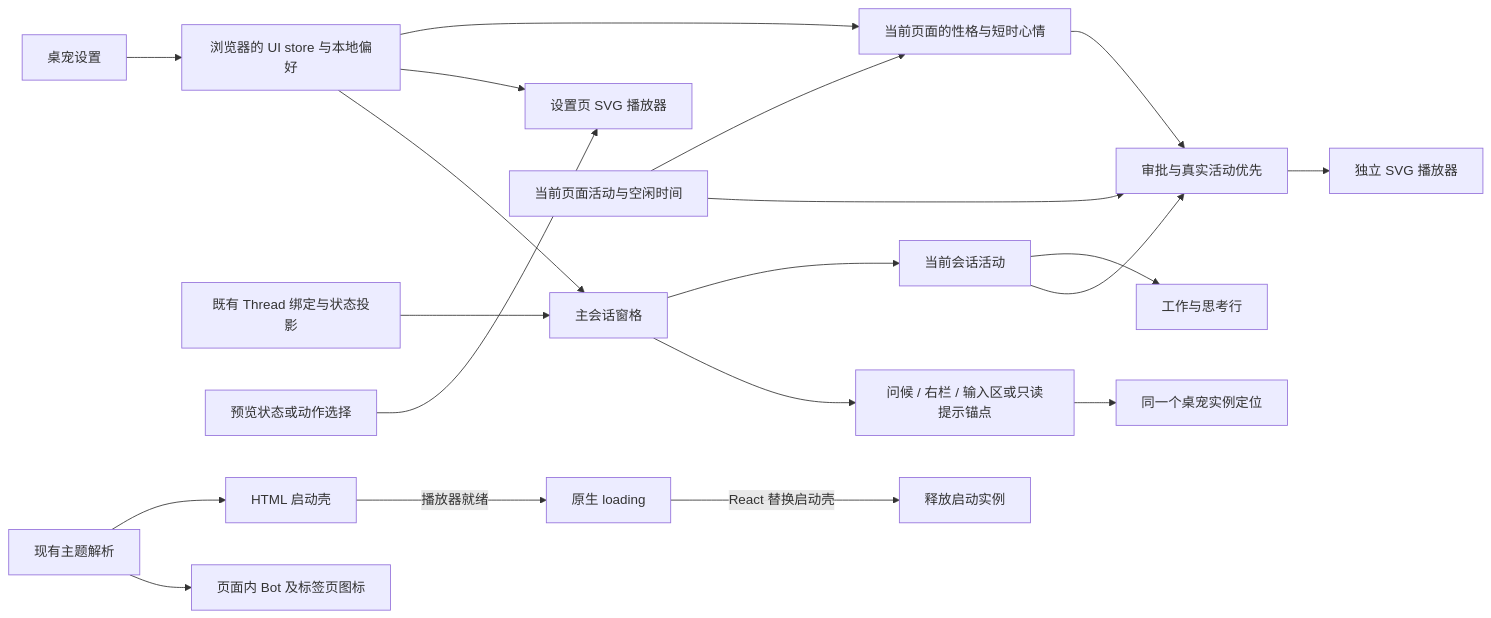
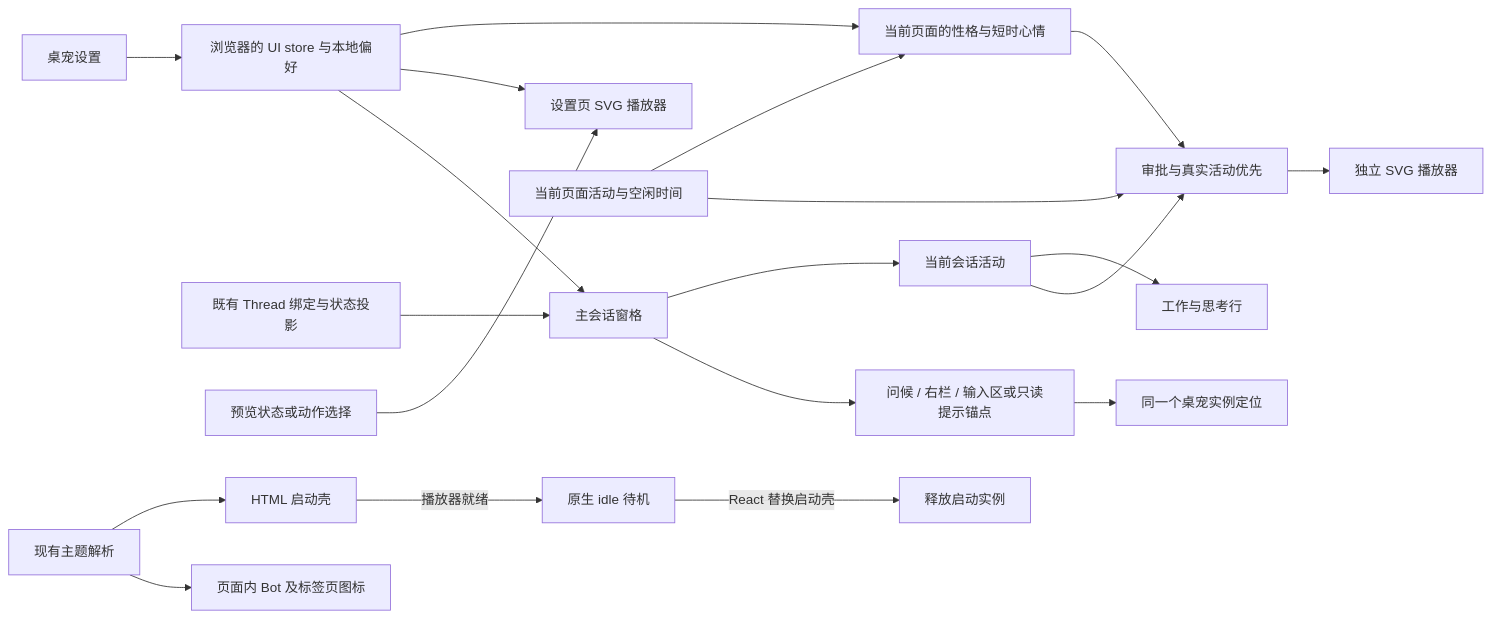
The diagram in specs/selfhost-codex/brand-and-conversation-pet.md (LiangLiang723/codex-web), drawn with Mermaid before and after one commit. The commit also changed other lines of this file and 3 other files, not shown here.

````diff
--- a/specs/selfhost-codex/brand-and-conversation-pet.md
+++ b/specs/selfhost-codex/brand-and-conversation-pet.md
@@ -28,22 +28,22 @@
 ```mermaid
 flowchart LR
   Settings[桌宠设置] --> Preference[浏览器的 UI store 与本地偏好]
   Preference --> Pane[主会话窗格]
   Preference --> Preview[设置页 SVG 播放器]
   Runtime[既有 Thread 绑定与状态投影] --> Pane
   Pane --> Anchor[问候 / 右栏 / 输入区或只读提示锚点]
   Anchor --> Pet[同一个桌宠实例定位]
   Pane --> Activity[当前会话活动]
   Activity --> Motion[审批与真实活动优先]
   Gesture[当前页面活动与空闲时间] --> Motion
   Motion --> Player[独立 SVG 播放器]
   Activity --> Summary[工作与思考行]
   Preference --> Mood[当前页面的性格与短时心情]
   Gesture --> Mood
   Mood --> Motion
   Preset[预览状态或动作选择] --> Preview[设置页 SVG 播放器]
   Theme[现有主题解析] --> Mark[页面内 Bot 及标签页图标]
   Theme --> Startup[HTML 启动壳]
-  Startup -->|播放器就绪| Loading[原生 loading]
+  Startup -->|播放器就绪| Loading[原生 idle 待机]
   Loading -->|React 替换启动壳| Dispose[释放启动实例]
 ```
````
